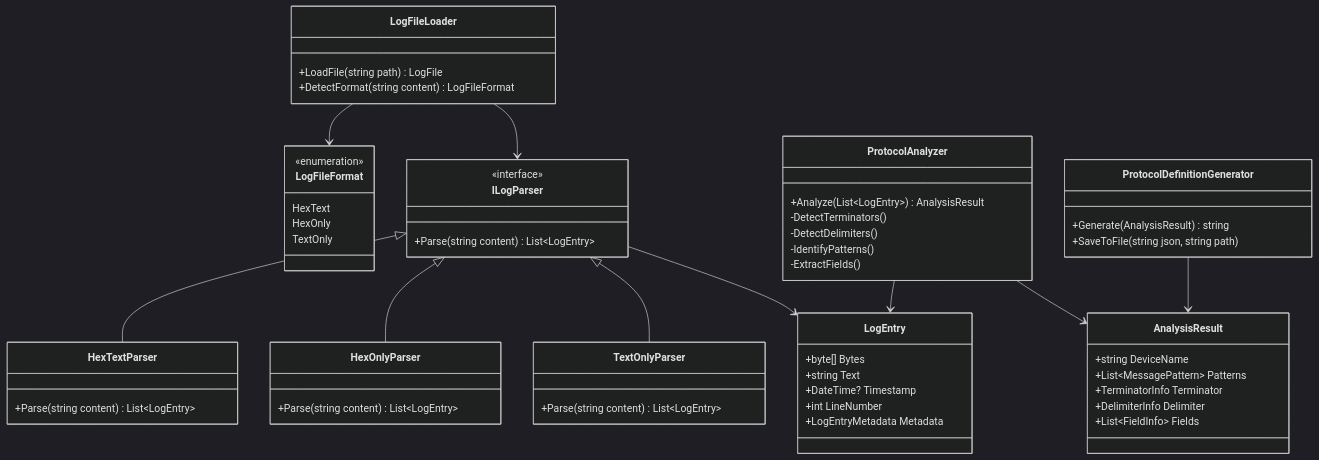
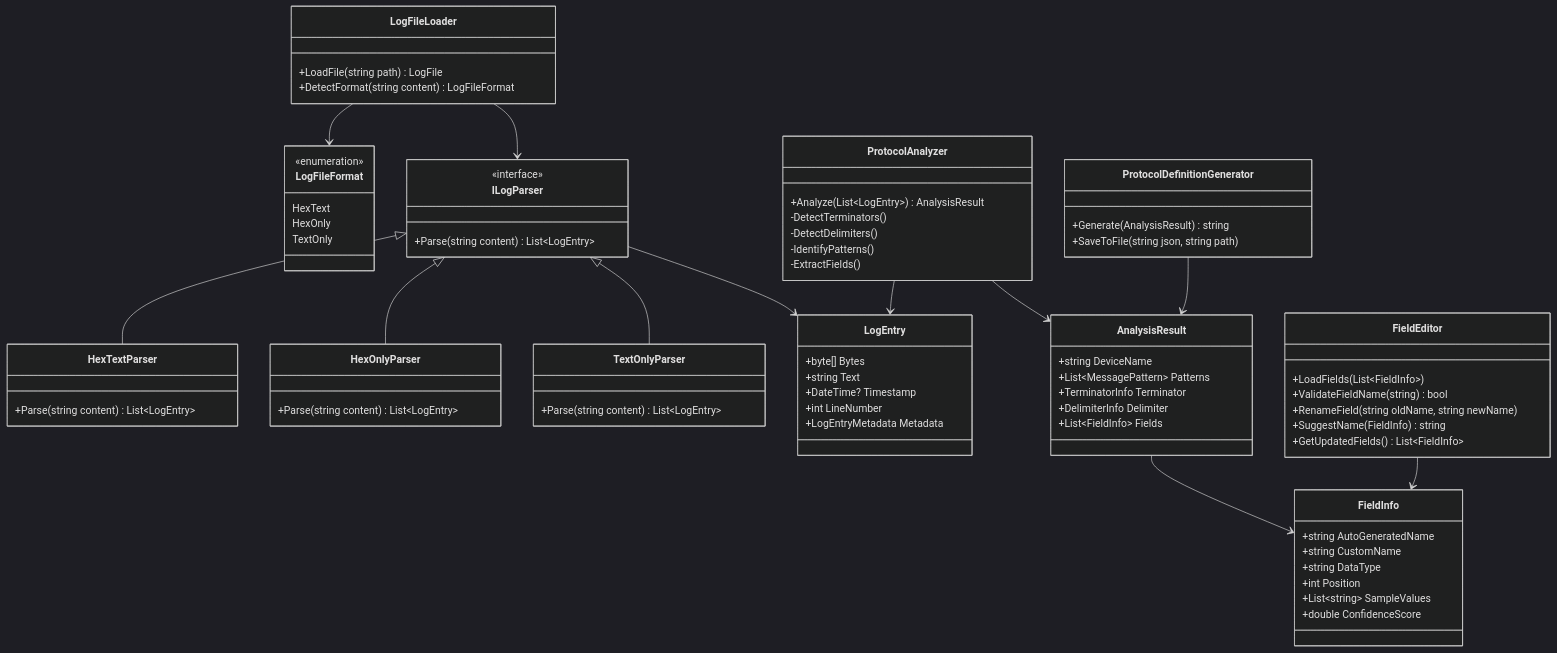
One commit to chumpon-asaneerat/NSerialCommTools changed the fifth of 5 diagrams in Documents/ModernDesign/02-System-Architecture.md. Above: the diagram before and after it, drawn with Mermaid (dark theme). The commit also changed other lines of this file and 3 other files, not shown here.

````diff
--- a/Documents/ModernDesign/02-System-Architecture.md
+++ b/Documents/ModernDesign/02-System-Architecture.md
@@ -578,6 +588,23 @@
         +List~FieldInfo~ Fields
     }
 
+    class FieldInfo {
+        +string AutoGeneratedName
+        +string CustomName
+        +string DataType
+        +int Position
+        +List~string~ SampleValues
+        +double ConfidenceScore
+    }
+
+    class FieldEditor {
+        +LoadFields(List~FieldInfo~)
+        +ValidateFieldName(string) bool
+        +RenameField(string oldName, string newName)
+        +SuggestName(FieldInfo) string
+        +GetUpdatedFields() List~FieldInfo~
+    }
+
     class ProtocolDefinitionGenerator {
         +Generate(AnalysisResult) string
         +SaveToFile(string json, string path)
@@ -591,5 +618,7 @@
     ILogParser --> LogEntry
     ProtocolAnalyzer --> LogEntry
     ProtocolAnalyzer --> AnalysisResult
+    AnalysisResult --> FieldInfo
+    FieldEditor --> FieldInfo
     ProtocolDefinitionGenerator --> AnalysisResult
 ```
````
